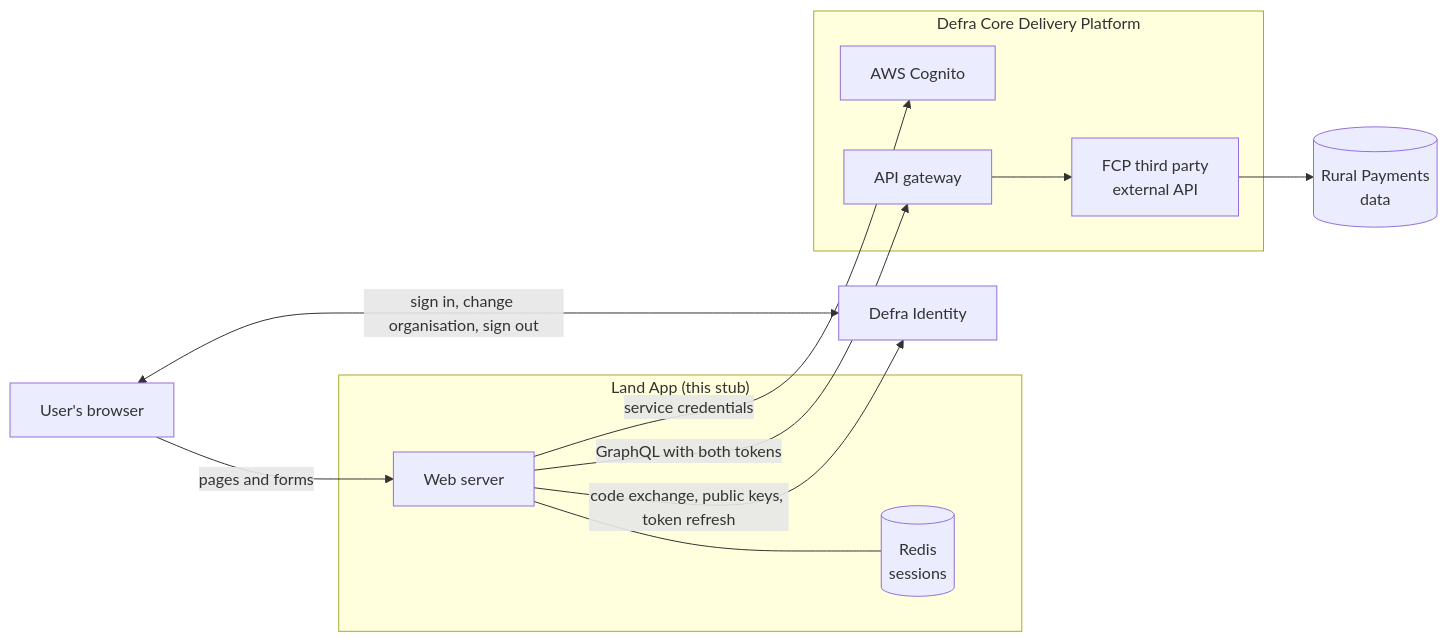
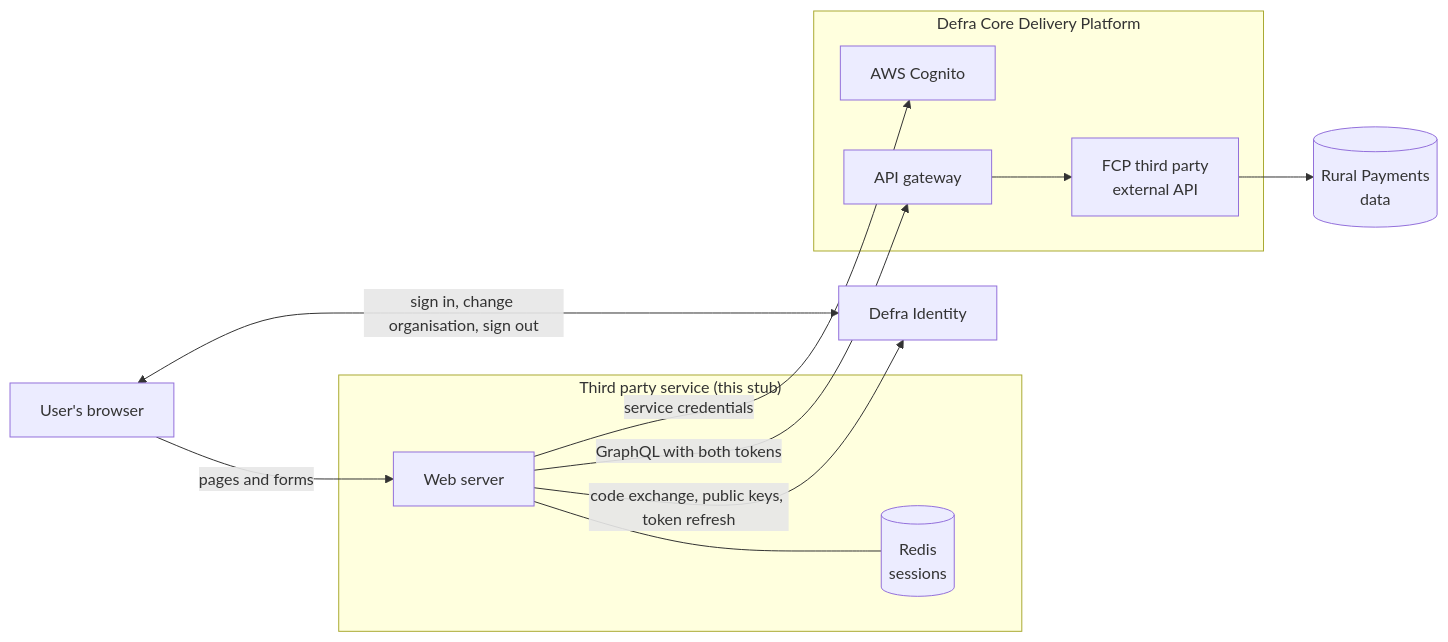
Before and after one commit to DEFRA/fcp-land-app-stub: the first of 8 diagrams in README.md, drawn with Mermaid. The commit also changed other lines of this file and 13 other files, not shown here.

Commit message:
Rebrand the stub as Third Party Demo App (#18)

````diff
--- a/README.md
+++ b/README.md
@@ -72,24 +70,24 @@
 ```mermaid
 flowchart LR
     U["User's browser"]
-    subgraph LA ["Land App (this stub)"]
+    subgraph LA ["Third party service (this stub)"]
         A["Web server"]
         R[("Redis<br/>sessions")]
     end
     D["Defra Identity"]
     subgraph CDP ["Defra Core Delivery Platform"]
         C["AWS Cognito"]
         G["API gateway"]
         X["FCP third party<br/>external API"]
     end
     RP[("Rural Payments<br/>data")]
 
     U -->|"pages and forms"| A
     U <-->|"sign in, change organisation, sign out"| D
     A -->|"code exchange, public keys, token refresh"| D
     A --- R
     A -->|"service credentials"| C
     A -->|"GraphQL with both tokens"| G
     G --> X
     X --> RP
 ```
````
